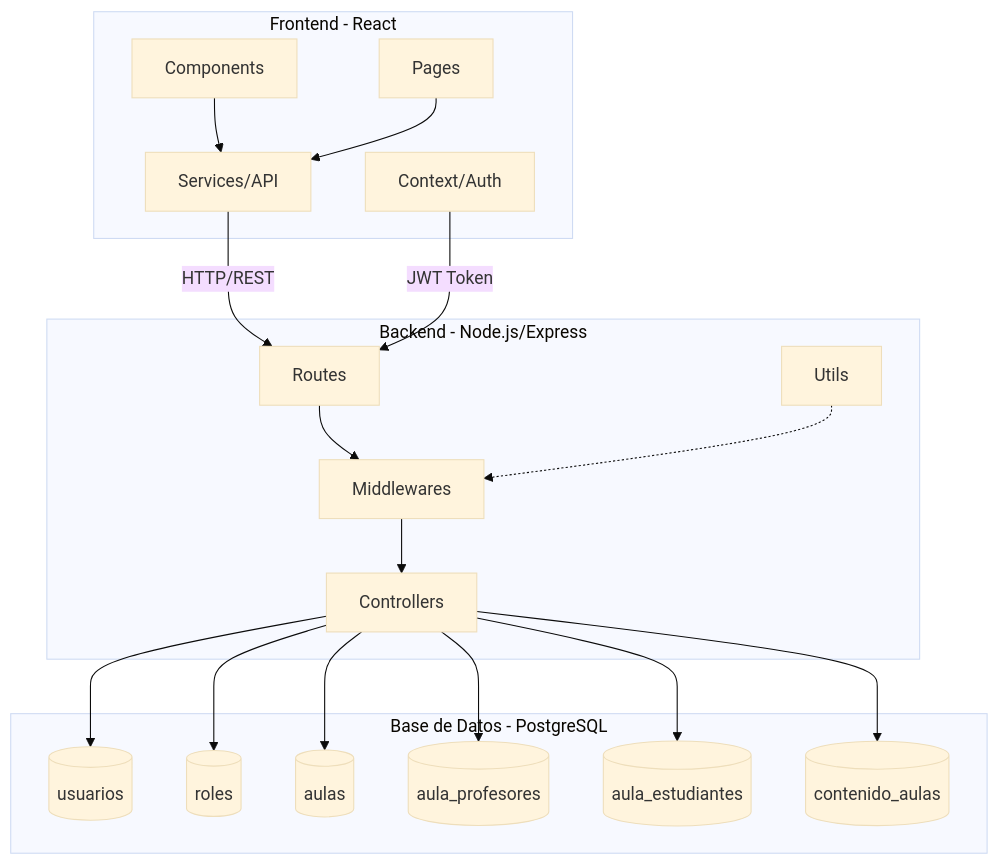
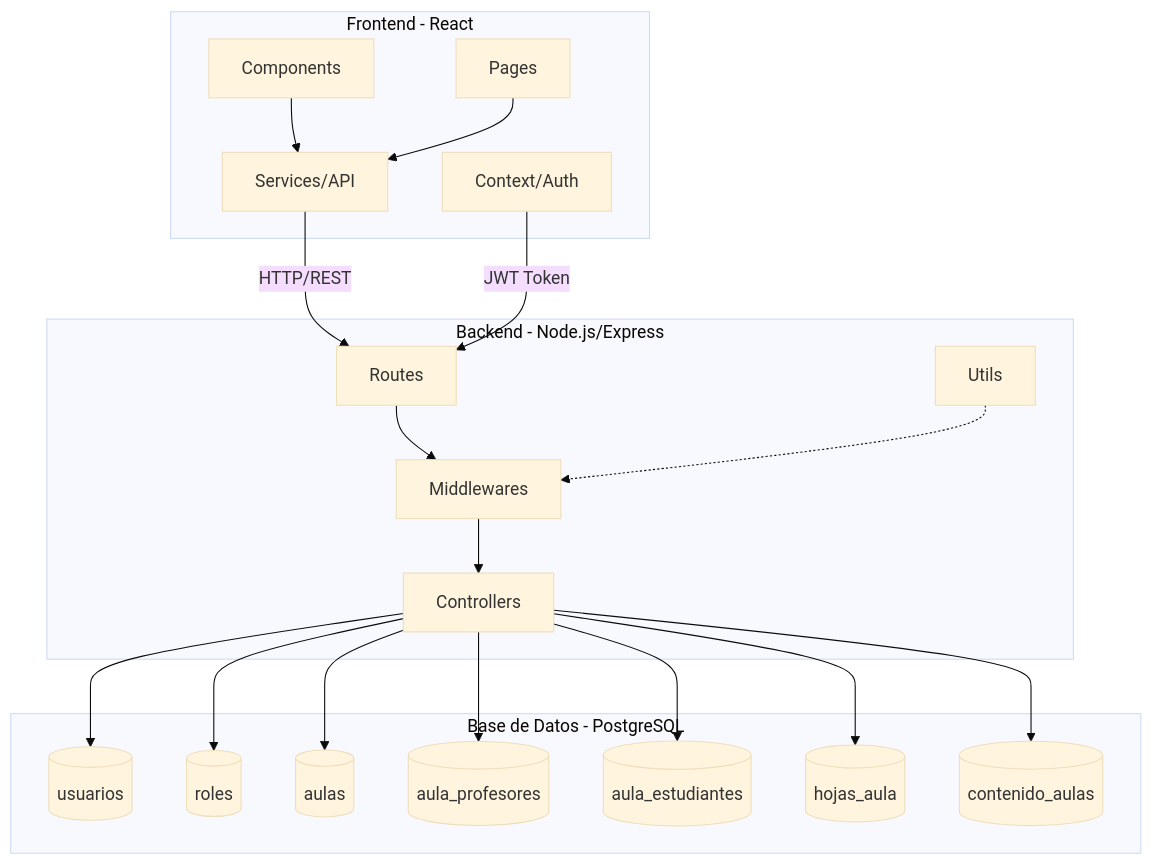
One commit to NicoMagro/AulaVirtual changed the first of 4 diagrams in README.md. Above: the diagram before and after it, drawn with Mermaid (base theme). The commit also changed other lines of this file and 9 other files, not shown here.

First line of the commit message:
Agregar sistema de hojas/pestañas para organización de contenido

````diff
--- a/README.md
+++ b/README.md
@@ -7,39 +7,41 @@
 ```mermaid
 graph TB
     subgraph "Frontend - React"
         A[Components]
         B[Pages]
         C[Services/API]
         D[Context/Auth]
     end
 
     subgraph "Backend - Node.js/Express"
         E[Routes]
         F[Controllers]
         G[Middlewares]
         H[Utils]
     end
 
     subgraph "Base de Datos - PostgreSQL"
         I[(usuarios)]
         J[(roles)]
         K[(aulas)]
         L[(aula_profesores)]
         M[(aula_estudiantes)]
-        N[(contenido_aulas)]
+        N[(hojas_aula)]
+        O[(contenido_aulas)]
     end
 
     A --> C
     B --> C
     C --> |HTTP/REST| E
     D --> |JWT Token| E
     E --> G
     G --> F
     F --> I
     F --> J
     F --> K
     F --> L
     F --> M
     F --> N
+    F --> O
     H -.-> G
 ```
````
